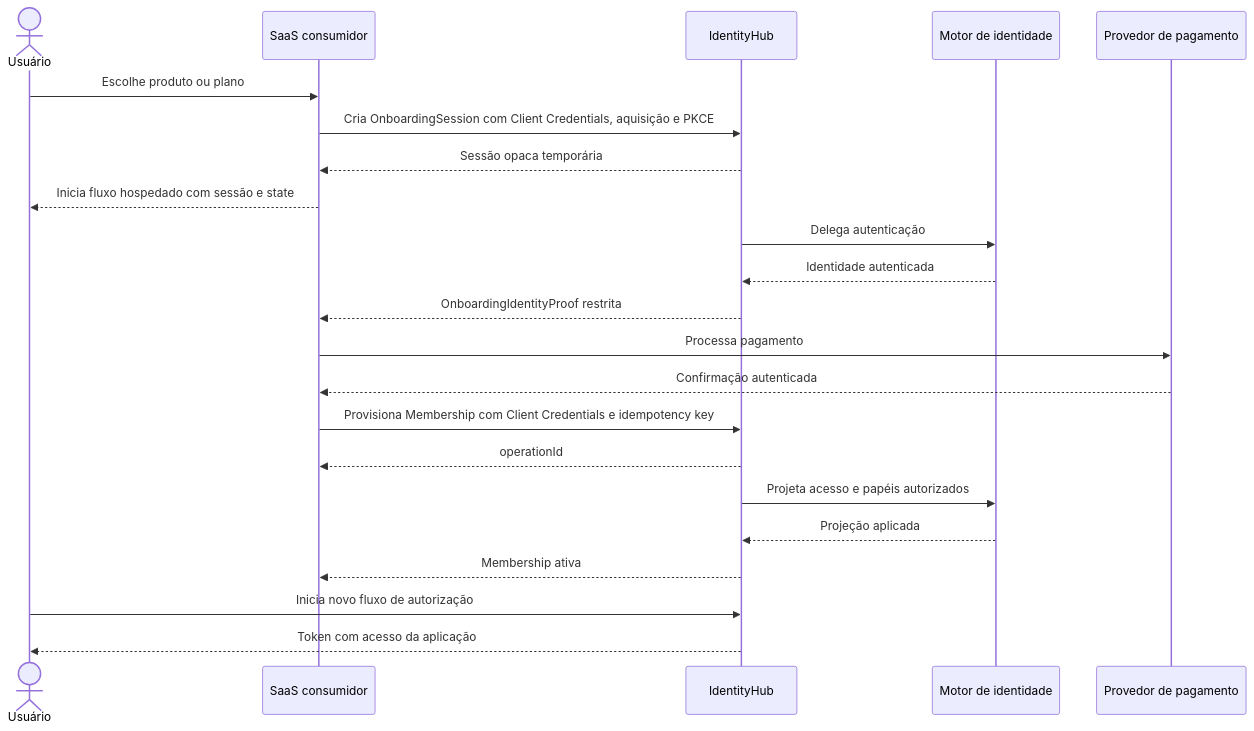
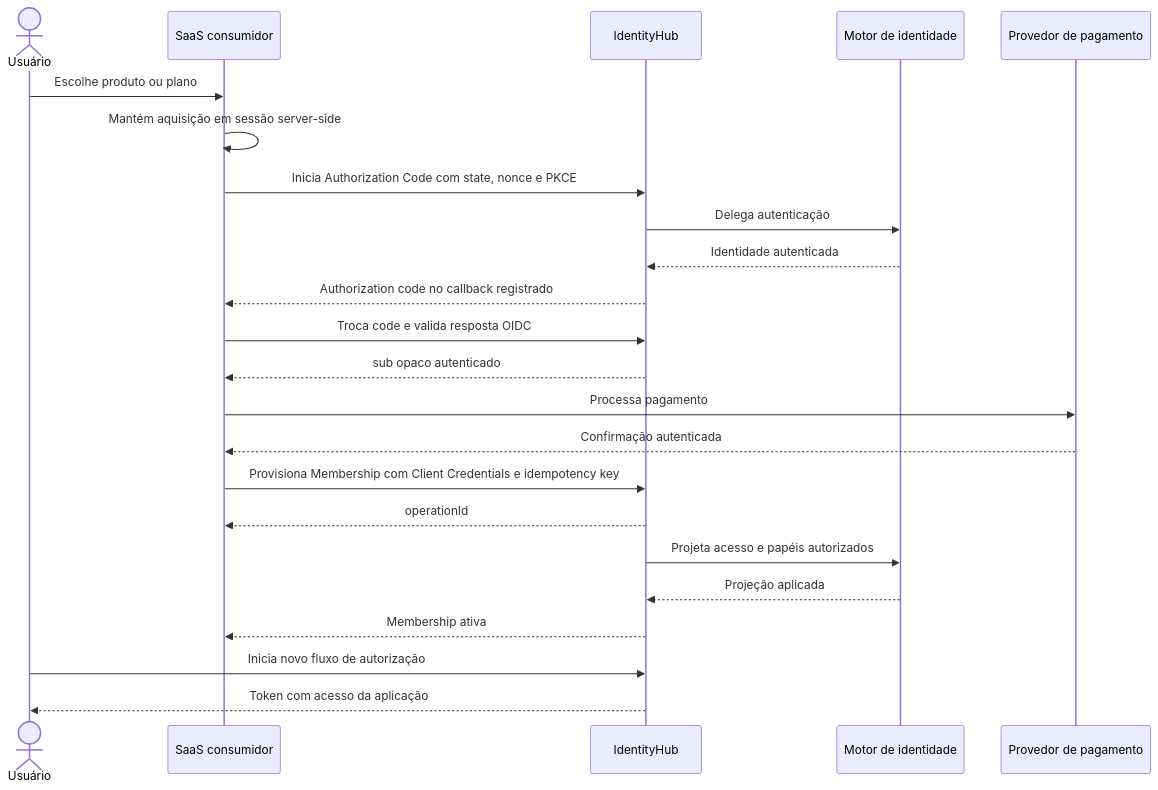
One commit to andrestamatto/identity-hub changed the third of 3 diagrams in docs/architecture.md. Above: the diagram before and after it, drawn with Mermaid. The commit also changed other lines of this file and 76 other files, not shown here.

Commit message:
refactor(identity): replace proprietary onboarding with standard OIDC

````diff
--- a/docs/architecture.md
+++ b/docs/architecture.md
@@ -504,25 +501,26 @@
 ```mermaid
 sequenceDiagram
     actor U as Usuário
     participant S as SaaS consumidor
     participant I as IdentityHub
     participant K as Motor de identidade
     participant P as Provedor de pagamento
 
     U->>S: Escolhe produto ou plano
-    S->>I: Cria OnboardingSession com Client Credentials, aquisição e PKCE
-    I-->>S: Sessão opaca temporária
-    S-->>U: Inicia fluxo hospedado com sessão e state
+    S->>S: Mantém aquisição em sessão server-side
+    S->>I: Inicia Authorization Code com state, nonce e PKCE
     I->>K: Delega autenticação
     K-->>I: Identidade autenticada
-    I-->>S: OnboardingIdentityProof restrita
+    I-->>S: Authorization code no callback registrado
+    S->>I: Troca code e valida resposta OIDC
+    I-->>S: sub opaco autenticado
     S->>P: Processa pagamento
     P-->>S: Confirmação autenticada
     S->>I: Provisiona Membership com Client Credentials e idempotency key
     I-->>S: operationId
     I->>K: Projeta acesso e papéis autorizados
     K-->>I: Projeção aplicada
     I-->>S: Membership ativa
     U->>I: Inicia novo fluxo de autorização
     I-->>U: Token com acesso da aplicação
 ```
````
